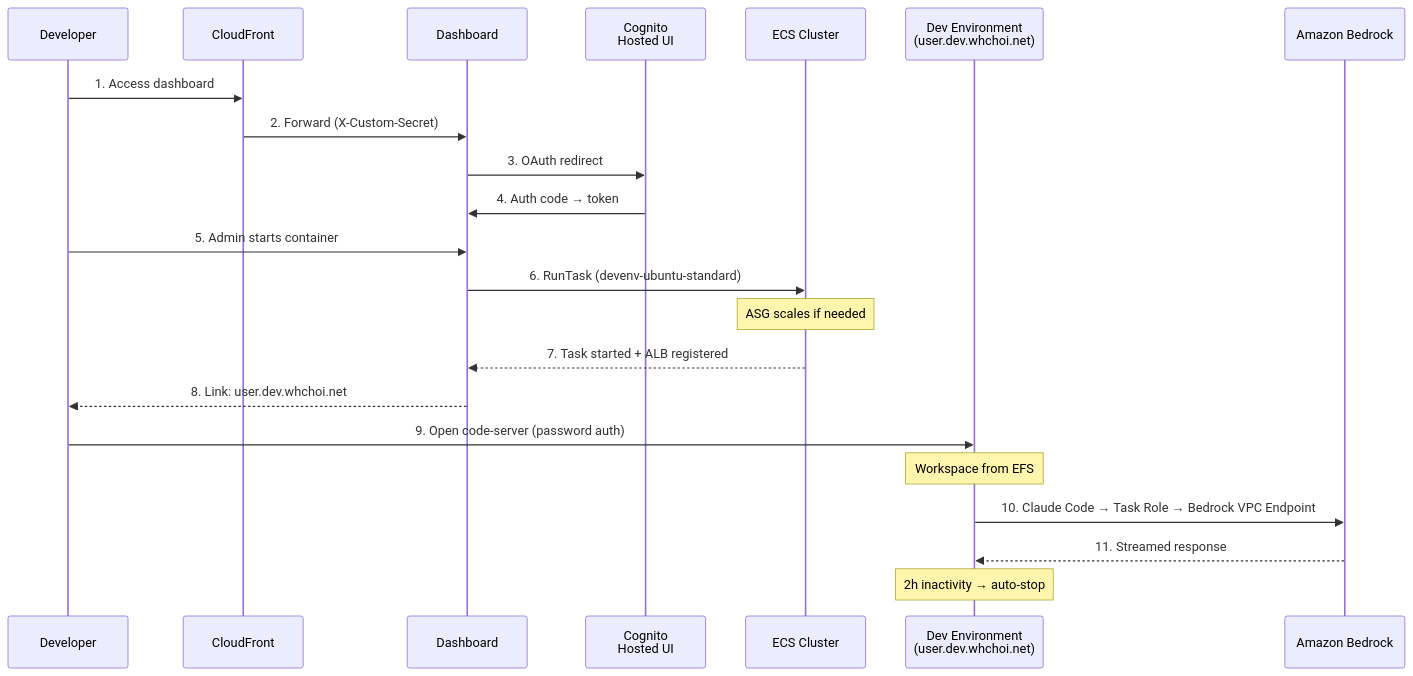
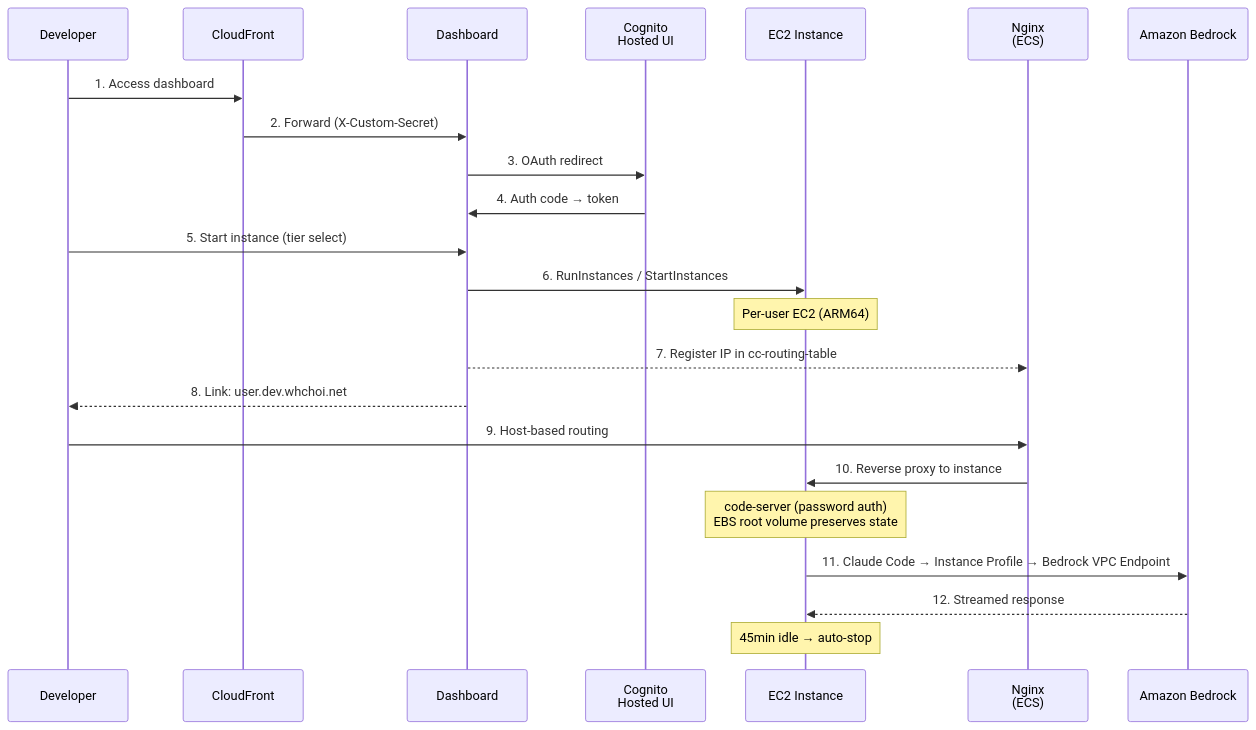
The third of 7 diagrams in docs/architecture.md (Atom-oh/cc-on-bedrock), drawn with Mermaid before and after one commit. The commit also changed other lines of this file and 32 other files, not shown here.

````diff
--- a/docs/architecture.md
+++ b/docs/architecture.md
@@ -142,25 +154,26 @@
 ```mermaid
 sequenceDiagram
     participant User as Developer
     participant CF as CloudFront
     participant Dash as Dashboard
     participant Cognito as Cognito<br/>Hosted UI
-    participant ECS as ECS Cluster
-    participant DevEnv as Dev Environment<br/>(user.dev.whchoi.net)
+    participant EC2 as EC2 Instance
+    participant Nginx as Nginx<br/>(ECS)
     participant Bedrock as Amazon Bedrock
 
     User->>CF: 1. Access dashboard
     CF->>Dash: 2. Forward (X-Custom-Secret)
     Dash->>Cognito: 3. OAuth redirect
     Cognito->>Dash: 4. Auth code → token
-    User->>Dash: 5. Admin starts container
-    Dash->>ECS: 6. RunTask (devenv-ubuntu-standard)
-    Note over ECS: ASG scales if needed
-    ECS-->>Dash: 7. Task started + ALB registered
+    User->>Dash: 5. Start instance (tier select)
+    Dash->>EC2: 6. RunInstances / StartInstances
+    Note over EC2: Per-user EC2 (ARM64)
+    Dash-->>Nginx: 7. Register IP in cc-routing-table
     Dash-->>User: 8. Link: user.dev.whchoi.net
-    User->>DevEnv: 9. Open code-server (password auth)
-    Note over DevEnv: Workspace from EFS
-    DevEnv->>Bedrock: 10. Claude Code → Task Role → Bedrock VPC Endpoint
-    Bedrock-->>DevEnv: 11. Streamed response
-    Note over DevEnv: 2h inactivity → auto-stop
+    User->>Nginx: 9. Host-based routing
+    Nginx->>EC2: 10. Reverse proxy to instance
+    Note over EC2: code-server (password auth)<br/>EBS root volume preserves state
+    EC2->>Bedrock: 11. Claude Code → Instance Profile → Bedrock VPC Endpoint
+    Bedrock-->>EC2: 12. Streamed response
+    Note over EC2: 45min idle → auto-stop
 ```
````
